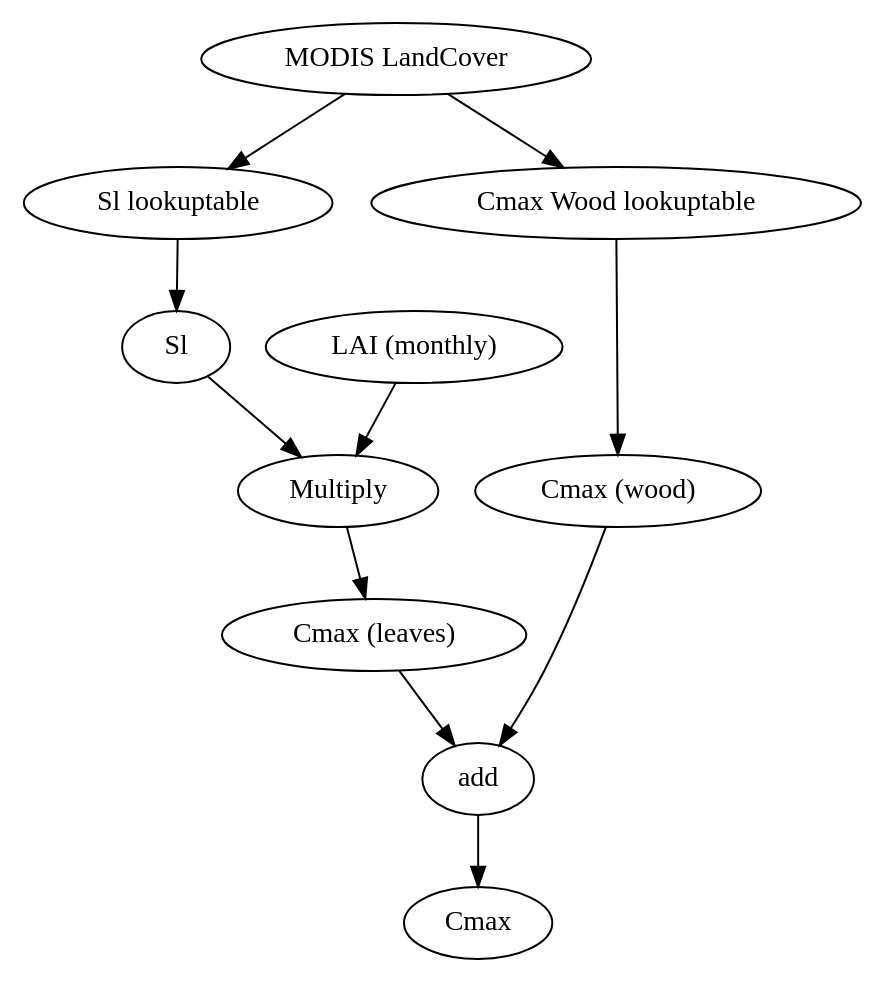
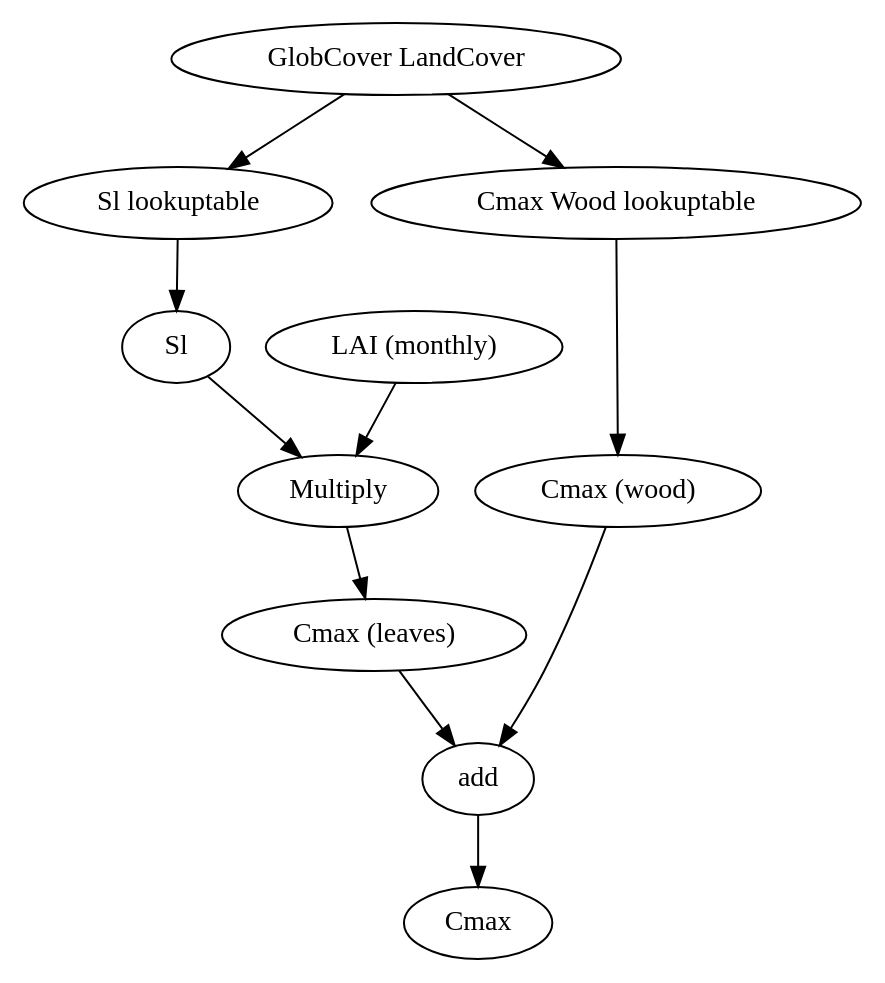
Before and after one commit to openstreams/wflow: the diagram in doc/wflow_funcs.rst, drawn with Graphviz. The commit also changed other lines of this file and 9 other files, not shown here.

```diff
--- a/doc/wflow_funcs.rst
+++ b/doc/wflow_funcs.rst
@@ -158,9 +208,9 @@
 .. digraph:: cmax
 
-    "MODIS LandCover" -> "Sl lookuptable";
+    "GlobCover LandCover" -> "Sl lookuptable";
     "Sl lookuptable" -> Sl -> Multiply;
     "LAI (monthly)" -> Multiply -> "Cmax (leaves)" -> add;
-    "MODIS LandCover" -> "Cmax Wood lookuptable";
+    "GlobCover LandCover" -> "Cmax Wood lookuptable";
     "Cmax Wood lookuptable" -> "Cmax (wood)";
     "Cmax (wood)"-> add;
     add -> Cmax;
```
